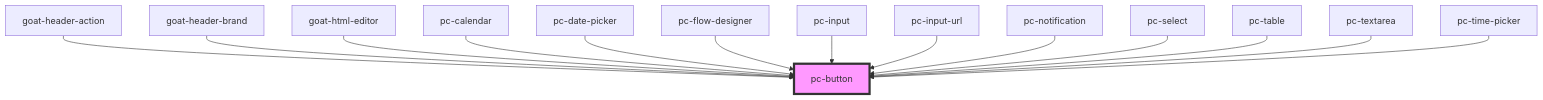
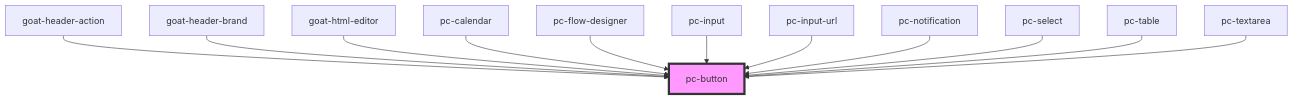
One commit to redvars/peacock changed the diagram in src/components/button/readme.md. Above: the diagram before and after it, drawn with Mermaid. The commit also changed other lines of this file and 89 other files, not shown here.

````diff
--- a/src/components/button/readme.md
+++ b/src/components/button/readme.md
@@ -105,17 +87,15 @@
 ```mermaid
 graph TD;
   goat-header-action --> pc-button
   goat-header-brand --> pc-button
   goat-html-editor --> pc-button
   pc-calendar --> pc-button
-  pc-date-picker --> pc-button
   pc-flow-designer --> pc-button
   pc-input --> pc-button
   pc-input-url --> pc-button
   pc-notification --> pc-button
   pc-select --> pc-button
   pc-table --> pc-button
   pc-textarea --> pc-button
-  pc-time-picker --> pc-button
   style pc-button fill:#f9f,stroke:#333,stroke-width:4px
 ```
````
